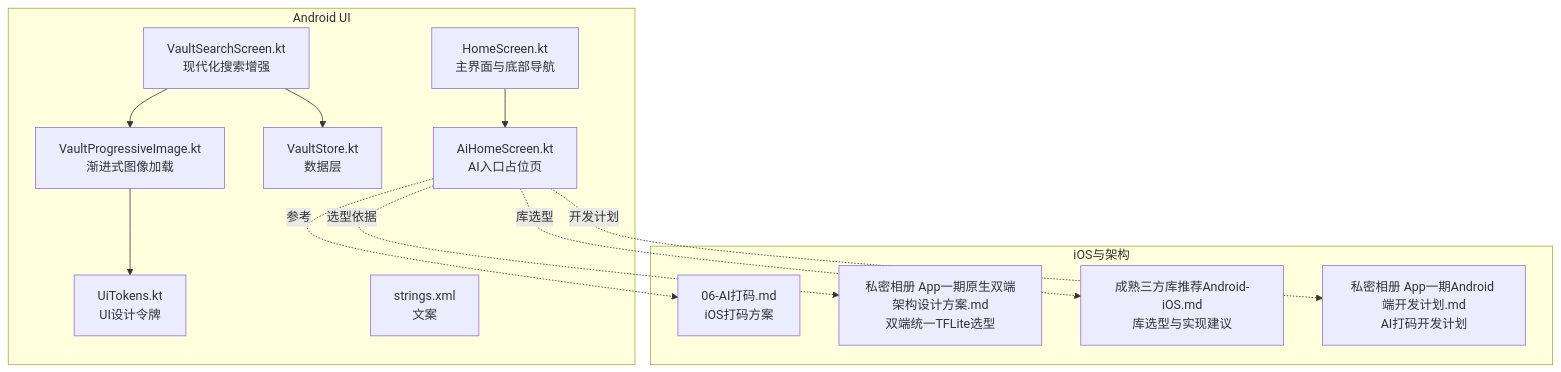
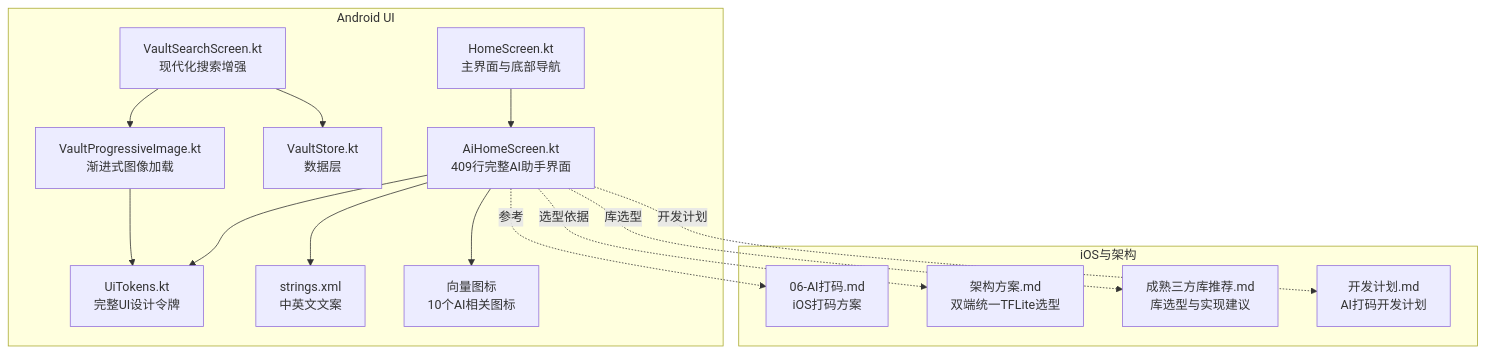
Before and after one commit to wanhongbo/ai-photo-vault: the first of 9 diagrams in .qoder/repowiki/zh/content/核心功能模块/AI功能系统.md, drawn with Mermaid. The commit also changed other lines of this file and 9 other files, not shown here.

````diff
--- a/.qoder/repowiki/zh/content/核心功能模块/AI功能系统.md
+++ b/.qoder/repowiki/zh/content/核心功能模块/AI功能系统.md
@@ -61,26 +68,30 @@
 ```mermaid
 graph TB
 subgraph "Android UI"
-A["AiHomeScreen.kt<br/>AI入口占位页"]
+A["AiHomeScreen.kt<br/>409行完整AI助手界面"]
 B["HomeScreen.kt<br/>主界面与底部导航"]
 C["VaultSearchScreen.kt<br/>现代化搜索增强"]
 D["VaultStore.kt<br/>数据层"]
 E["VaultProgressiveImage.kt<br/>渐进式图像加载"]
-F["UiTokens.kt<br/>UI设计令牌"]
-G["strings.xml<br/>文案"]
+F["UiTokens.kt<br/>完整UI设计令牌"]
+G["strings.xml<br/>中英文文案"]
+H["向量图标<br/>10个AI相关图标"]
 end
 subgraph "iOS与架构"
-H["06-AI打码.md<br/>iOS打码方案"]
-I["私密相册 App一期原生双端架构设计方案.md<br/>双端统一TFLite选型"]
-J["成熟三方库推荐Android-iOS.md<br/>库选型与实现建议"]
-K["私密相册 App一期Android 端开发计划.md<br/>AI打码开发计划"]
+I["06-AI打码.md<br/>iOS打码方案"]
+J["架构方案.md<br/>双端统一TFLite选型"]
+K["成熟三方库推荐.md<br/>库选型与实现建议"]
+L["开发计划.md<br/>AI打码开发计划"]
 end
 B --> A
 C --> D
 C --> E
 E --> F
-A -.参考.-> H
-A -.选型依据.-> I
-A -.库选型.-> J
-A -.开发计划.-> K
+A --> F
+A --> G
+A --> H
+A -.参考.-> I
+A -.选型依据.-> J
+A -.库选型.-> K
+A -.开发计划.-> L
 ```
````
